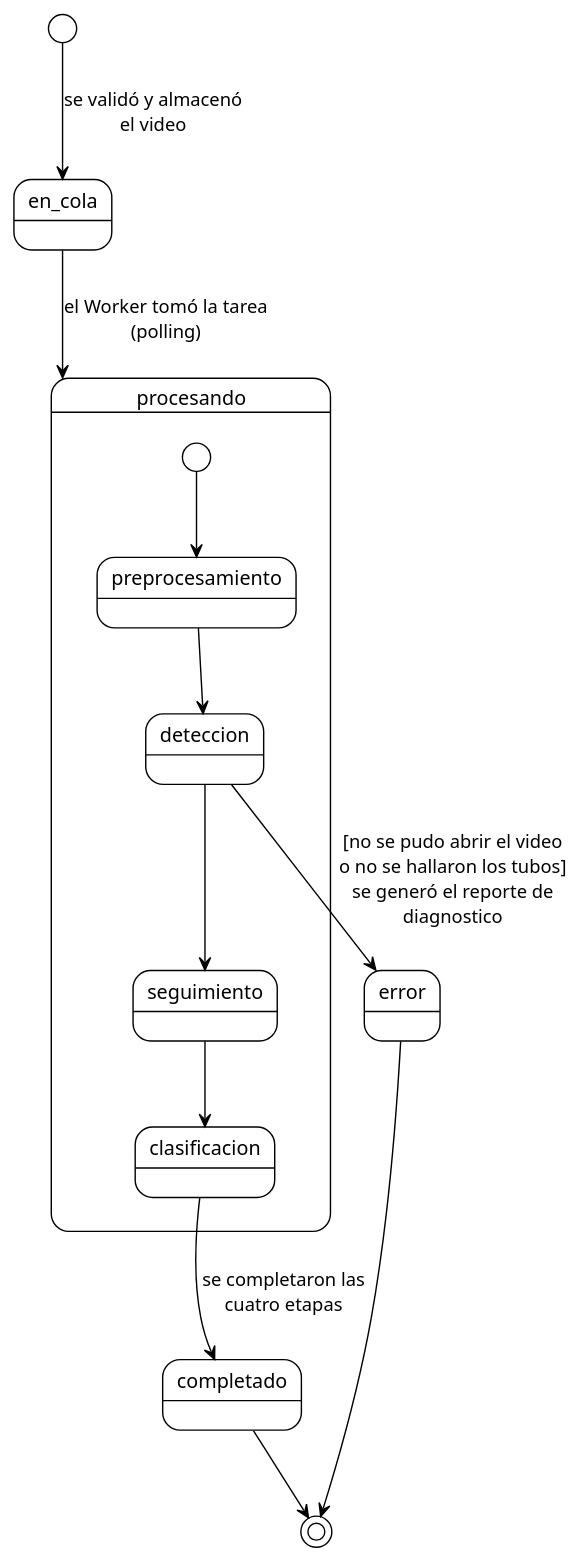
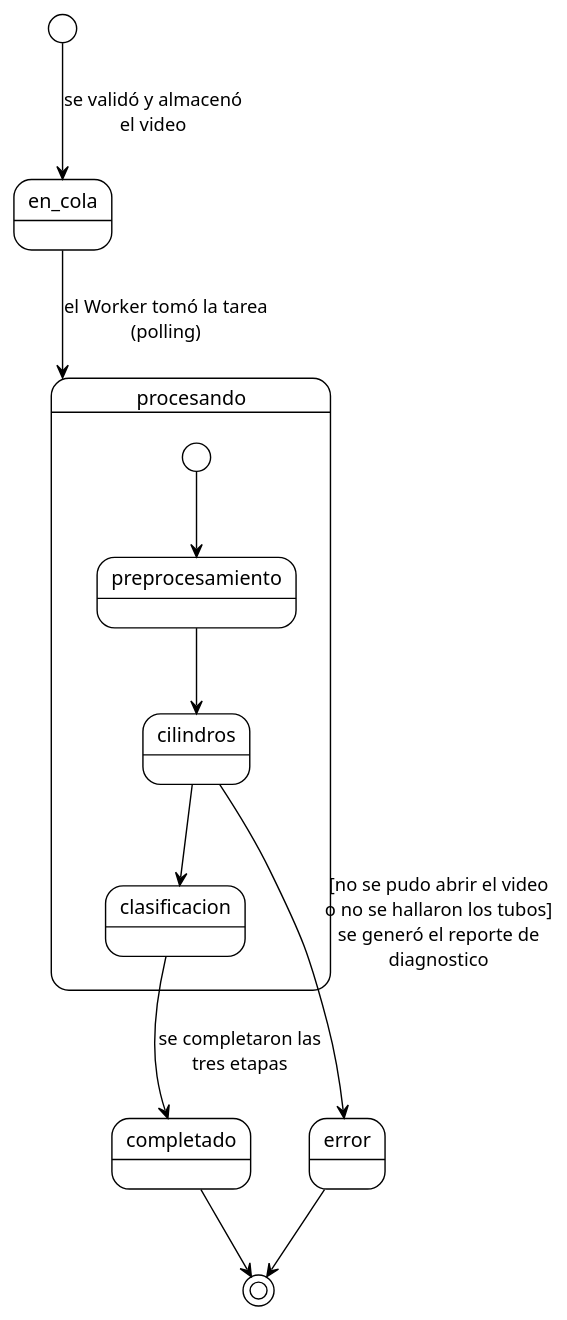
Before and after one commit to ErickJester/fst-ai-system-latex: diagram 14 of 38 in INSTRUCCIONES-WEB.md, drawn with PlantUML. The commit also changed other lines of this file and 33 other files, not shown here.

````diff
--- a/INSTRUCCIONES-WEB.md
+++ b/INSTRUCCIONES-WEB.md
@@ -1625,19 +1623,18 @@
 ```plantuml
 @startuml estados_analisis
 !theme plain
 skinparam defaultFontName Arial
 skinparam shadowing false
 [*] --> en_cola : se validó y almacenó\nel video
 state procesando {
   [*] --> preprocesamiento
-  preprocesamiento --> deteccion
-  deteccion --> seguimiento
-  seguimiento --> clasificacion
+  preprocesamiento --> cilindros
+  cilindros --> clasificacion
 }
 en_cola --> procesando : el Worker tomó la tarea\n(polling)
-deteccion --> error : [no se pudo abrir el video\no no se hallaron los tubos]\nse generó el reporte de\ndiagnostico
-clasificacion --> completado : se completaron las\ncuatro etapas
+cilindros --> error : [no se pudo abrir el video\no no se hallaron los tubos]\nse generó el reporte de\ndiagnostico
+clasificacion --> completado : se completaron las\ntres etapas
 completado --> [*]
 error --> [*]
 @enduml
 ```
````
